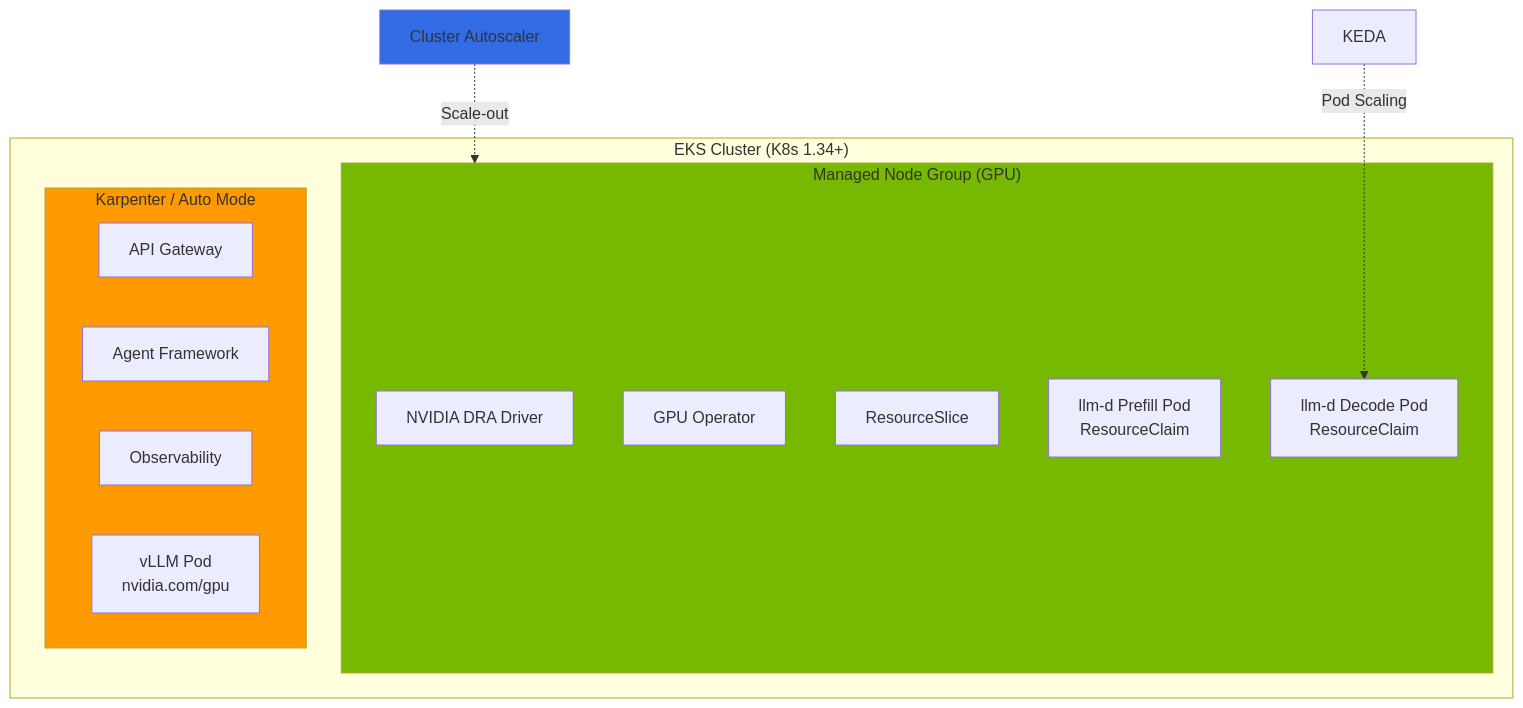
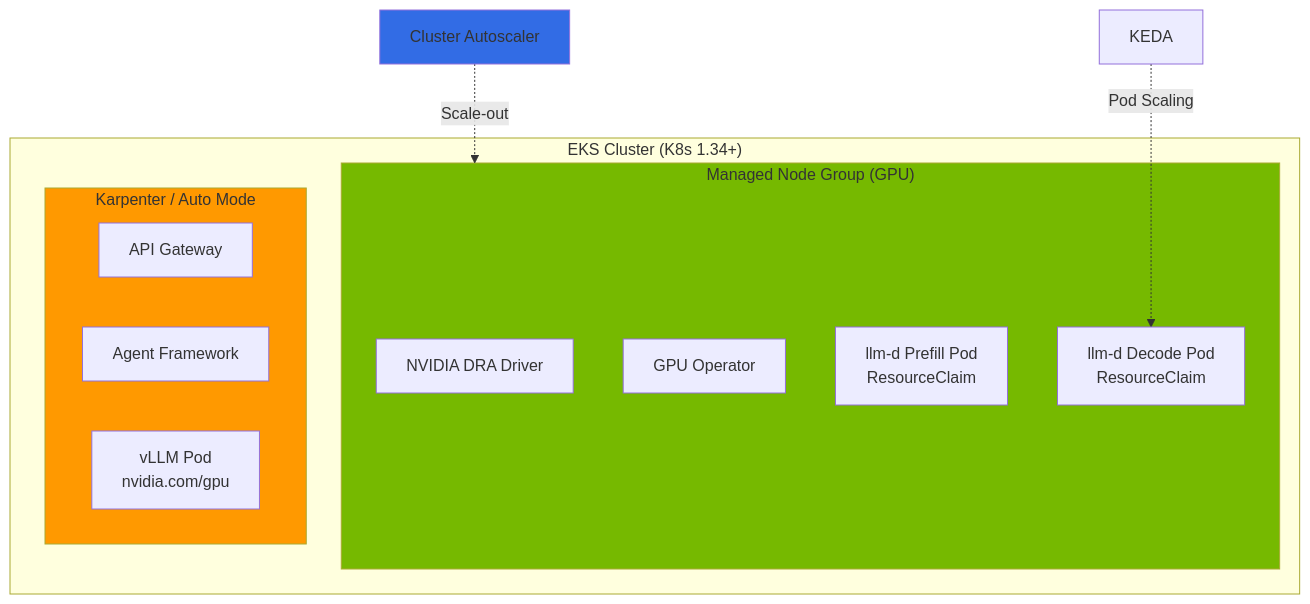
Before and after one commit to devfloor9/engineering-playbook: the second of 4 diagrams in i18n/en/docusaurus-plugin-content-docs/current/agentic-ai-platform/model-serving/eks-gpu-node-strategy.md, drawn with Mermaid. The commit also changed other lines of this file and 95 other files, not shown here.

````diff
--- a/i18n/en/docusaurus-plugin-content-docs/current/agentic-ai-platform/model-serving/eks-gpu-node-strategy.md
+++ b/i18n/en/docusaurus-plugin-content-docs/current/agentic-ai-platform/model-serving/eks-gpu-node-strategy.md
@@ -913,26 +558,24 @@
 ```mermaid
 flowchart TB
     subgraph Cluster["EKS Cluster (K8s 1.34+)"]
         subgraph MNG["Managed Node Group (GPU)"]
             DRA_D[NVIDIA DRA Driver]
             GPU_OP[GPU Operator]
-            RS[ResourceSlice]
             LLMD_P[llm-d Prefill Pod<br/>ResourceClaim]
             LLMD_D[llm-d Decode Pod<br/>ResourceClaim]
         end
 
         subgraph Karp["Karpenter / Auto Mode"]
             API[API Gateway]
             AGENT[Agent Framework]
-            MON[Observability]
             VLLM[vLLM Pod<br/>nvidia.com/gpu]
         end
     end
 
     CA[Cluster Autoscaler] -.->|Scale-out| MNG
     KEDA_OP[KEDA] -.->|Pod Scaling| LLMD_D
 
     style MNG fill:#76b900
     style Karp fill:#ff9900
     style CA fill:#326ce5
 ```
````
